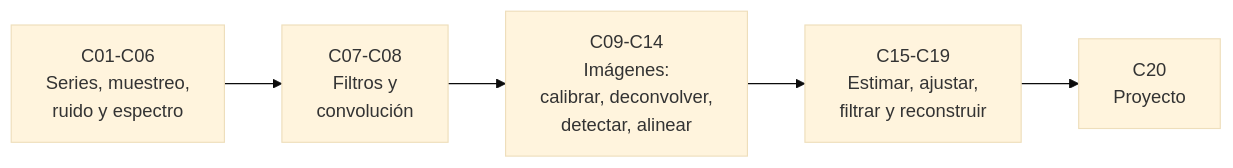
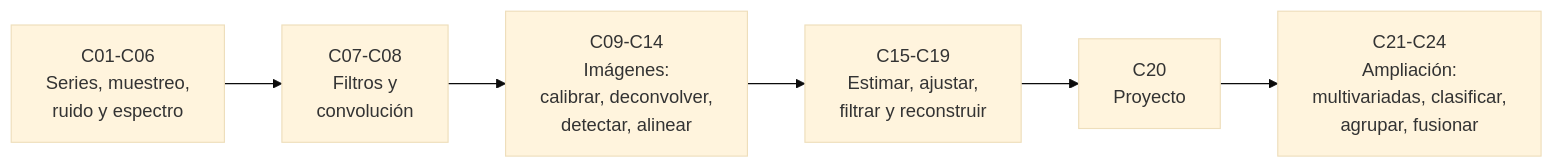
Before and after one commit to vladimiracunadev-create/astronomy-astrophysics-space-sciences-aerospace-engineering-learning-program: the diagram in programa/tronco-comun/B15-senales-imagenes-y-estimacion-cientifica.md, drawn with Mermaid (base theme). The commit also changed other lines of this file and 14 other files, not shown here.

````diff
--- a/programa/tronco-comun/B15-senales-imagenes-y-estimacion-cientifica.md
+++ b/programa/tronco-comun/B15-senales-imagenes-y-estimacion-cientifica.md
@@ -26,9 +27,10 @@
 ```mermaid
 flowchart LR
     A["C01-C06<br/>Series, muestreo,<br/>ruido y espectro"]
     B["C07-C08<br/>Filtros y<br/>convolución"]
     C["C09-C14<br/>Imágenes:<br/>calibrar, deconvolver,<br/>detectar, alinear"]
     D["C15-C19<br/>Estimar, ajustar,<br/>filtrar y reconstruir"]
     E["C20<br/>Proyecto"]
-    A --> B --> C --> D --> E
+    F["C21-C24<br/>Ampliación:<br/>multivariadas, clasificar,<br/>agrupar, fusionar"]
+    A --> B --> C --> D --> E --> F
 ```
````
